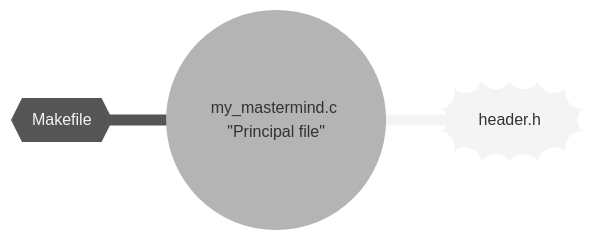
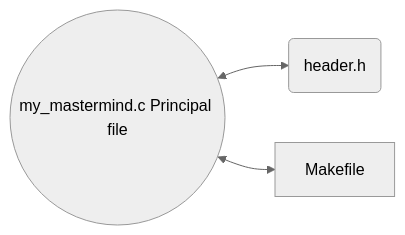
Before and after one commit to EliasFCS/Colint-School: the diagram in B1_(2026-2027)/B1_Evaluations/My_Mastermind/README.md, drawn with Mermaid (neutral theme).

Commit message:
Fix: SVG Badges Adjust

````diff
--- a/B1_(2026-2027)/B1_Evaluations/My_Mastermind/README.md
+++ b/B1_(2026-2027)/B1_Evaluations/My_Mastermind/README.md
@@ -610,6 +610,5 @@
 ```mermaid
-mindmap
-  root((my_mastermind.c "Principal file"))
-    ))header.h((
-    {{Makefile}}
+flowchart LR
+    Root((my_mastermind.c Principal file)) <--> B1_1(header.h)
+    Root <--> B1_2[Makefile]
 ```
````
